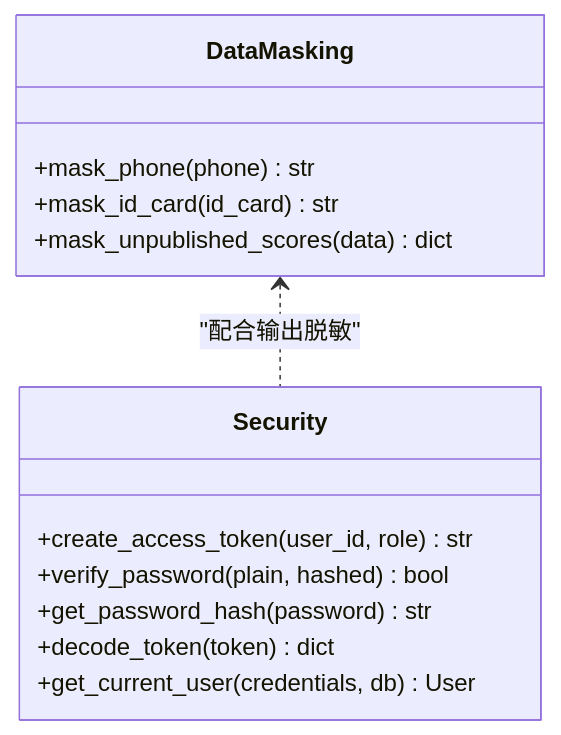
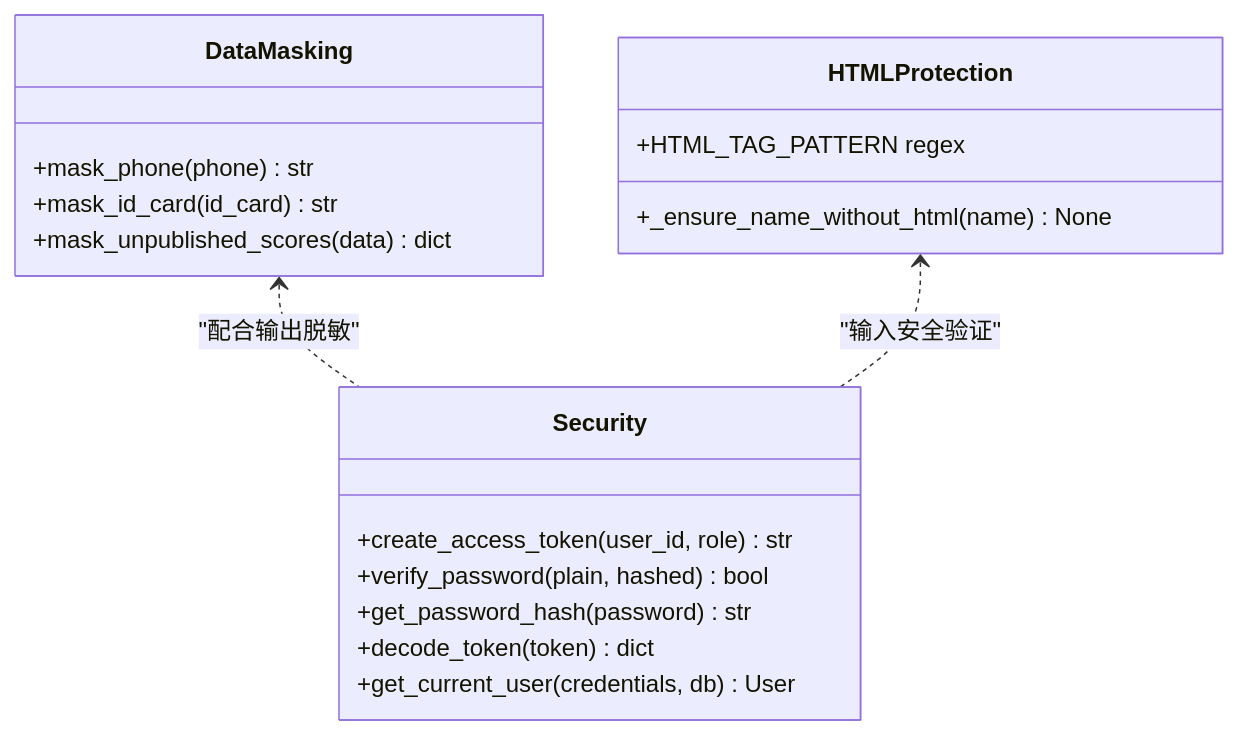
Before and after one commit to xgd561/performance_evaluation_system: the fifth of 8 diagrams in .qoder/repowiki/zh/content/系统架构/安全架构设计/安全防护措施.md, drawn with Mermaid. The commit also changed other lines of this file and 136 other files, not shown here.

````diff
--- a/.qoder/repowiki/zh/content/系统架构/安全架构设计/安全防护措施.md
+++ b/.qoder/repowiki/zh/content/系统架构/安全架构设计/安全防护措施.md
@@ -215,16 +274,21 @@
 ```mermaid
 classDiagram
 class DataMasking {
 +mask_phone(phone) str
 +mask_id_card(id_card) str
 +mask_unpublished_scores(data) dict
 }
 class Security {
 +create_access_token(user_id, role) str
 +verify_password(plain, hashed) bool
 +get_password_hash(password) str
 +decode_token(token) dict
 +get_current_user(credentials, db) User
 }
+class HTMLProtection {
++HTML_TAG_PATTERN regex
++_ensure_name_without_html(name) None
+}
 DataMasking <.. Security : "配合输出脱敏"
+HTMLProtection <.. Security : "输入安全验证"
 ```
````
